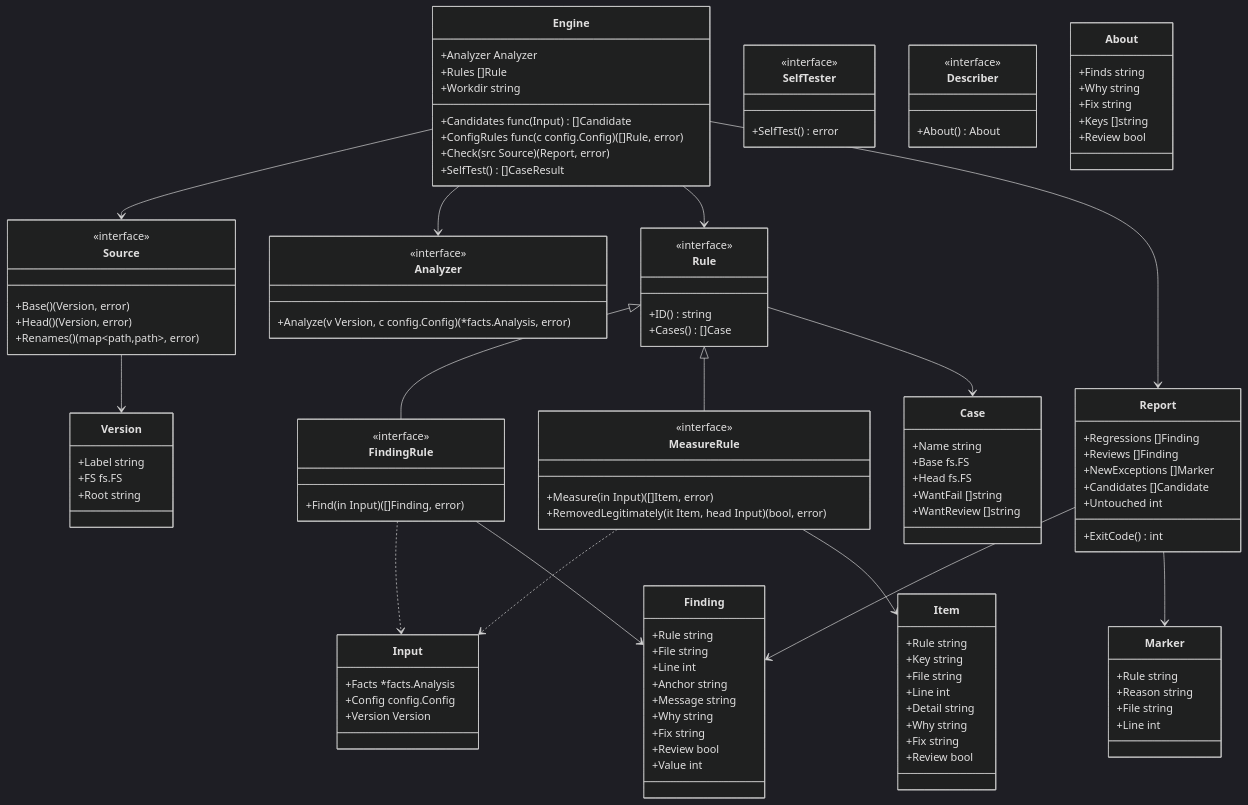
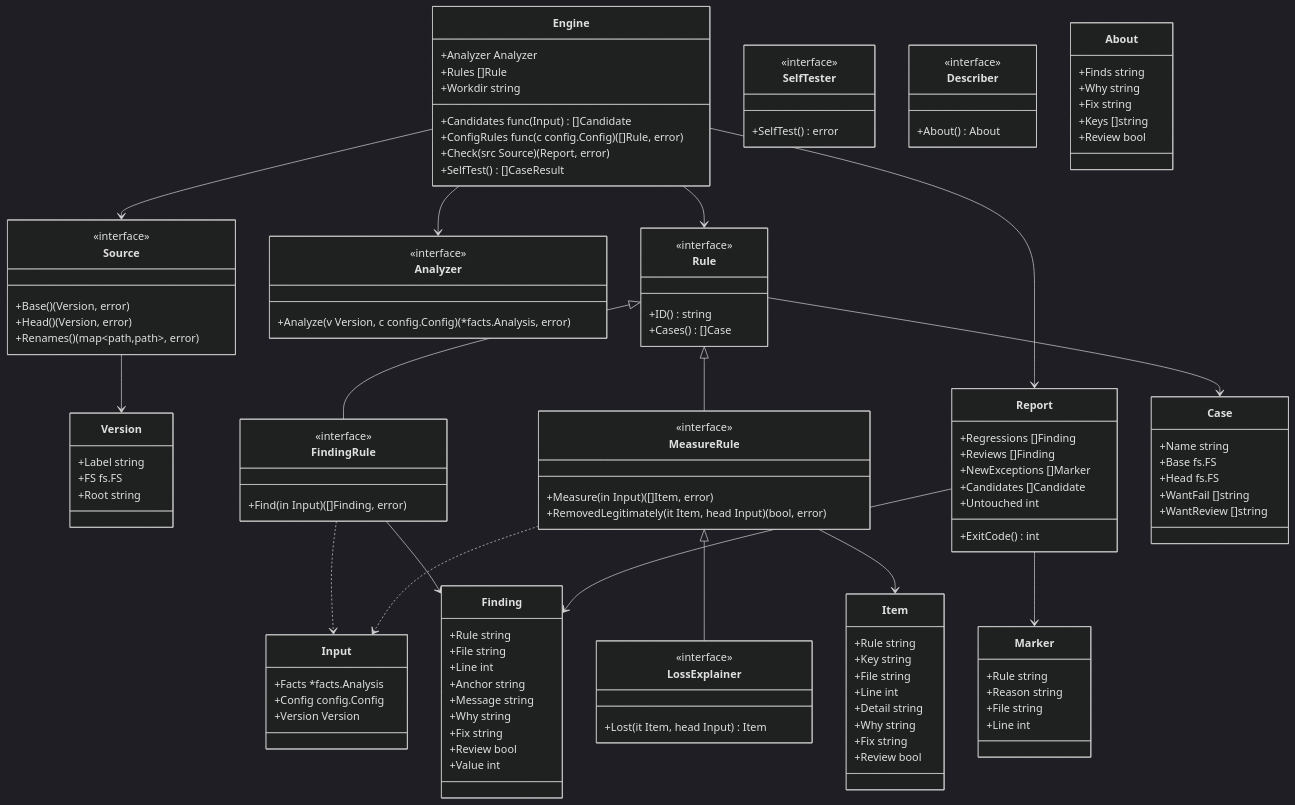
The diagram in docs/design/engine.ja.md (rerorets/hadome), drawn with Mermaid (dark theme) before and after one commit. The commit also changed other lines of this file and 23 other files, not shown here.

```diff
--- a/docs/design/engine.ja.md
+++ b/docs/design/engine.ja.md
@@ -209,6 +211,10 @@
     +Measure(in Input) ([]Item, error)
     +RemovedLegitimately(it Item, head Input) (bool, error)
   }
+  class LossExplainer {
+    <<interface>>
+    +Lost(it Item, head Input) Item
+  }
   class Finding {
     +Rule string
     +File string
@@ -257,6 +263,7 @@
   Source --> Version
   Rule <|-- FindingRule
   Rule <|-- MeasureRule
+  MeasureRule <|-- LossExplainer
   FindingRule ..> Input
   MeasureRule ..> Input
   FindingRule --> Finding
```
